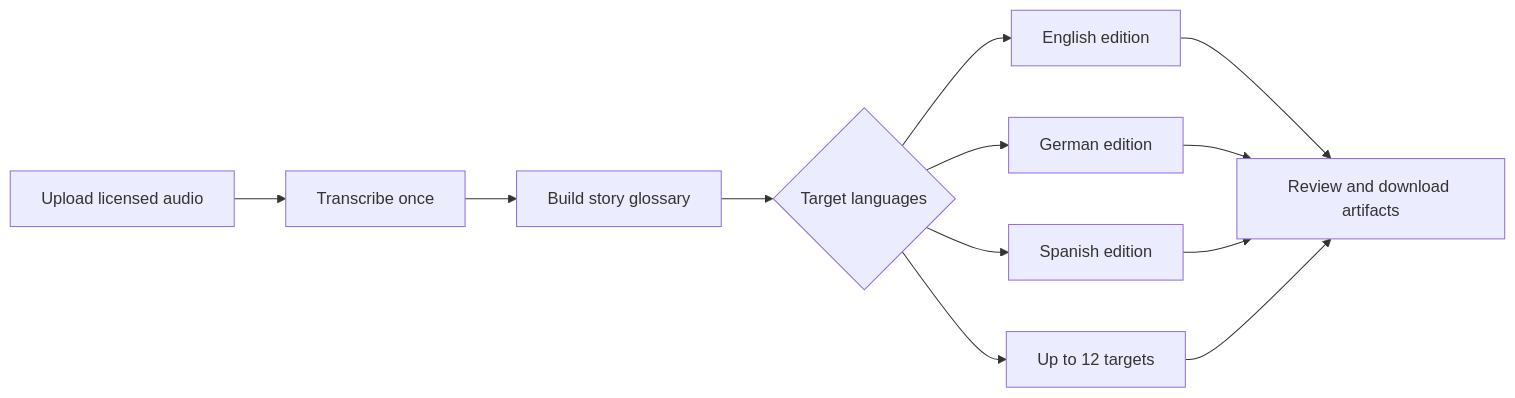
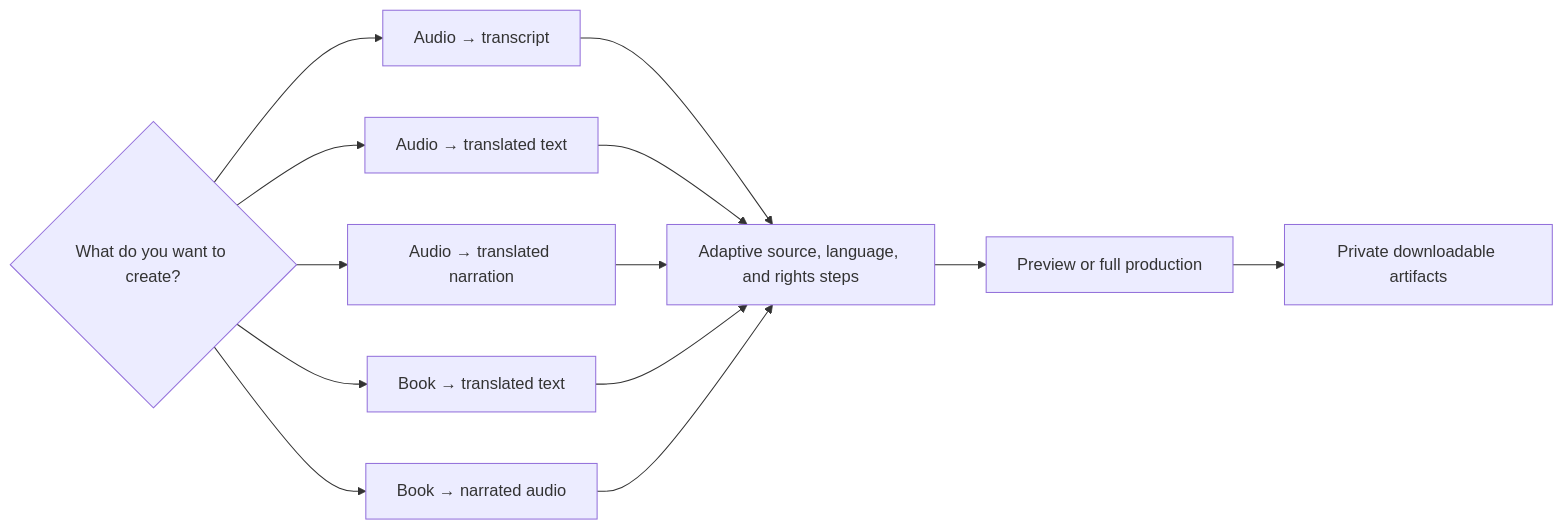
The first of 2 diagrams in README.md (Djordje3002/audiobook_pipeline), drawn with Mermaid before and after one commit. The commit also changed other lines of this file and 16 other files, not shown here.

````diff
--- a/README.md
+++ b/README.md
@@ -62,11 +77,12 @@
 ```mermaid
 flowchart LR
-    A["Upload licensed audio"] --> B["Transcribe once"]
-    B --> C["Build story glossary"]
-    C --> D{"Target languages"}
-    D --> E["English edition"]
-    D --> F["German edition"]
-    D --> G["Spanish edition"]
-    D --> H["Up to 12 targets"]
-    E & F & G & H --> I["Review and download artifacts"]
+    A{"What do you want to create?"}
+    A --> B["Audio → transcript"]
+    A --> C["Audio → translated text"]
+    A --> D["Audio → translated narration"]
+    A --> E["Book → translated text"]
+    A --> F["Book → narrated audio"]
+    B & C & D & E & F --> G["Adaptive source, language, and rights steps"]
+    G --> H["Preview or full production"]
+    H --> I["Private downloadable artifacts"]
 ```
````
